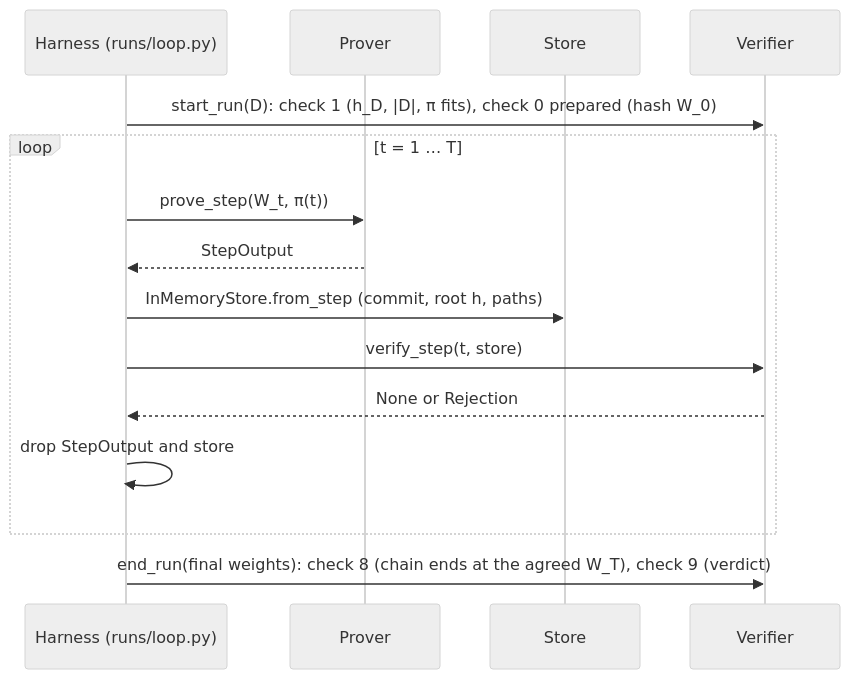
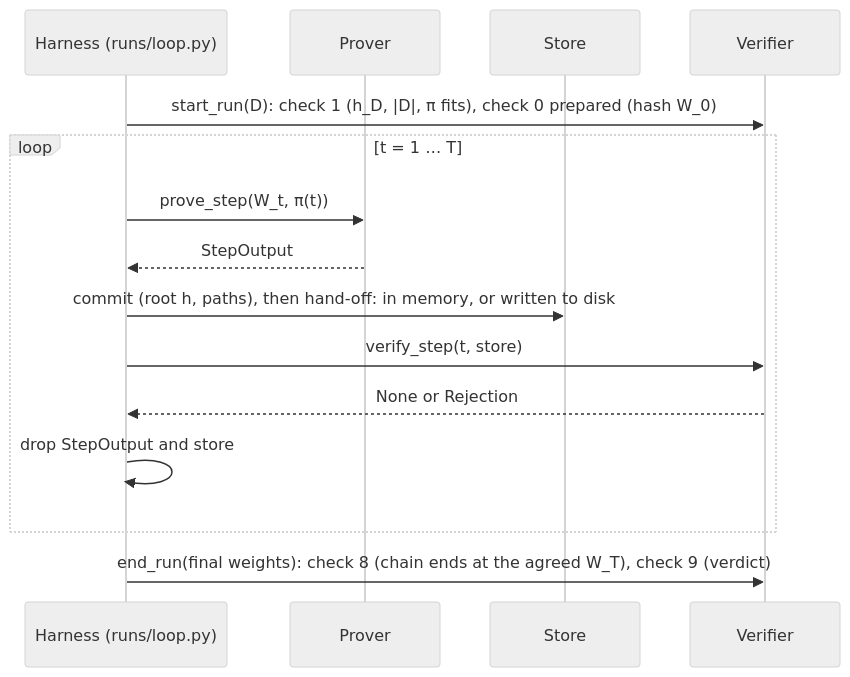
One commit to pacifai/pots-2.0 changed the third of 3 diagrams in verification/README.md. Above: the diagram before and after it, drawn with Mermaid (neutral theme). The commit also changed other lines of this file and 8 other files, not shown here.

First line of the commit message:
Add the on-disk store and the store cross-check (A14, C3)

````diff
--- a/verification/README.md
+++ b/verification/README.md
@@ -326,17 +338,17 @@
 ```mermaid
 sequenceDiagram
     participant H as Harness (runs/loop.py)
     participant P as Prover
     participant S as Store
     participant V as Verifier
     H->>V: start_run(D): check 1 (h_D, |D|, π fits), check 0 prepared (hash W_0)
     loop t = 1 … T
         H->>P: prove_step(W_t, π(t))
         P-->>H: StepOutput
-        H->>S: InMemoryStore.from_step (commit, root h, paths)
+        H->>S: commit (root h, paths), then hand-off: in memory, or written to disk
         H->>V: verify_step(t, store)
         V-->>H: None or Rejection
         H->>H: drop StepOutput and store
     end
     H->>V: end_run(final weights): check 8 (chain ends at the agreed W_T), check 9 (verdict)
 ```
````
